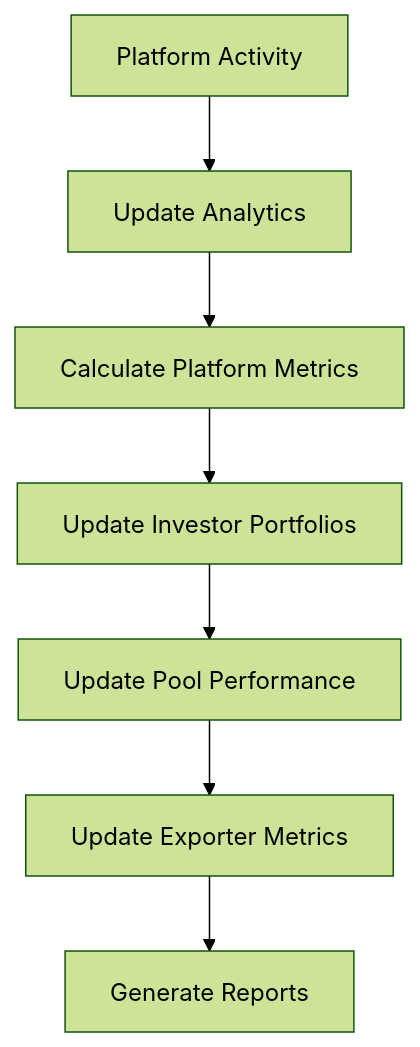
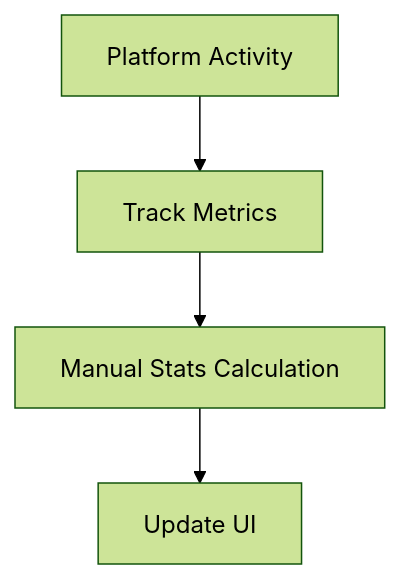
The sixth of 6 diagrams in .github/business-process-documentation.md (SEATrax/apps), drawn with Mermaid (forest theme) before and after one commit. The commit also changed other lines of this file and 3 other files, not shown here.

Commit message:
feat: migrate to unified SEATrax contract; update documentation and business process flow

````diff
--- a/.github/business-process-documentation.md
+++ b/.github/business-process-documentation.md
@@ -118,9 +110,6 @@
 ```mermaid
 graph TD
-    A[Platform Activity] --> B[Update Analytics]
-    B --> C[Calculate Platform Metrics]
-    C --> D[Update Investor Portfolios]
-    D --> E[Update Pool Performance]
-    E --> F[Update Exporter Metrics]
-    F --> G[Generate Reports]
+    A[Platform Activity] --> B[Track Metrics]
+    B --> C[Manual Stats Calculation]
+    C --> D[Update UI]
 ```
````
